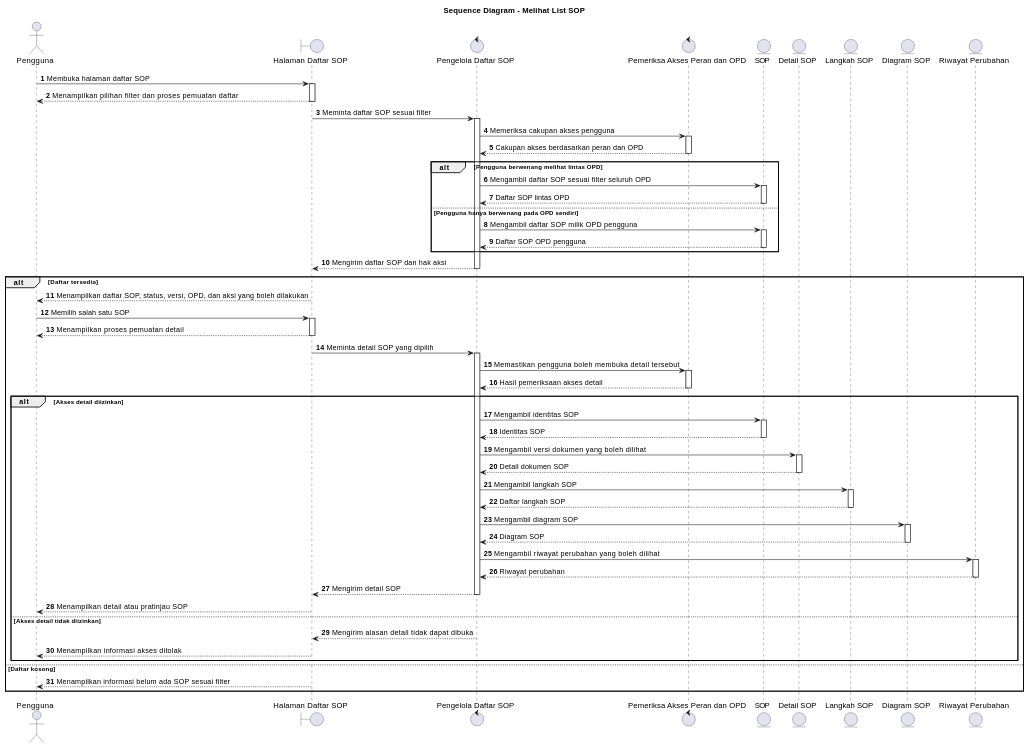
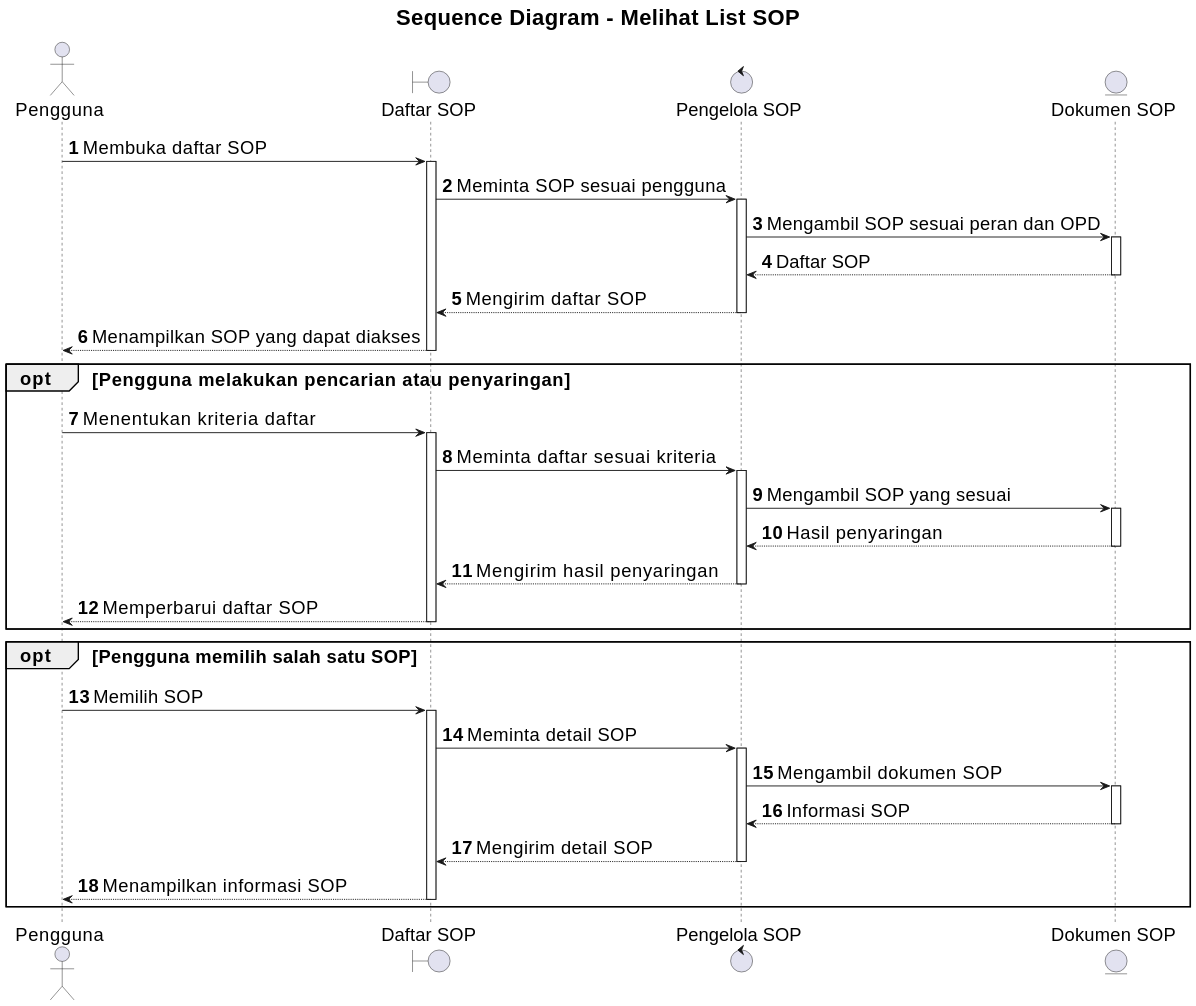
One commit to howlil/sop-generate-app changed the diagram in docs/sequence/lampiran/seluruh-pengguna-melihat-list-sop.md. Above: the diagram before and after it, drawn with PlantUML. The commit also changed other lines of this file and 20 other files, not shown here.

Commit message:
docs(sequence): align all sequence diagrams with use cases

````diff
--- a/docs/sequence/lampiran/seluruh-pengguna-melihat-list-sop.md
+++ b/docs/sequence/lampiran/seluruh-pengguna-melihat-list-sop.md
@@ -16,59 +16,42 @@
 ```plantuml
 @startuml
+skinparam defaultFontSize 20
+skinparam titleFontSize 24
+skinparam dpi 160
+
 title Sequence Diagram - Melihat List SOP
 autonumber
 autoactivate on
 
 actor "Pengguna" as A
-boundary "Halaman Daftar SOP" as B
-control "Pengelola Daftar SOP" as C
-control "Pemeriksa Akses Peran dan OPD" as D
-entity "SOP" as SOP
-entity "Detail SOP" as DetailSOP
-entity "Langkah SOP" as LangkahSOP
-entity "Diagram SOP" as DiagramSOP
-entity "Riwayat Perubahan" as Riwayat
+boundary "Daftar SOP" as B
+control "Pengelola SOP" as C
+entity "Dokumen SOP" as D
 
-A -> B : Membuka halaman daftar SOP
-B --> A : Menampilkan pilihan filter dan proses pemuatan daftar
-B -> C : Meminta daftar SOP sesuai filter
-C -> D : Memeriksa cakupan akses pengguna
-D --> C : Cakupan akses berdasarkan peran dan OPD
-alt Pengguna berwenang melihat lintas OPD
-  C -> SOP : Mengambil daftar SOP sesuai filter seluruh OPD
-  SOP --> C : Daftar SOP lintas OPD
-else Pengguna hanya berwenang pada OPD sendiri
-  C -> SOP : Mengambil daftar SOP milik OPD pengguna
-  SOP --> C : Daftar SOP OPD pengguna
+A -> B : Membuka daftar SOP
+B -> C : Meminta SOP sesuai pengguna
+C -> D : Mengambil SOP sesuai peran dan OPD
+D --> C : Daftar SOP
+C --> B : Mengirim daftar SOP
+B --> A : Menampilkan SOP yang dapat diakses
+
+opt Pengguna melakukan pencarian atau penyaringan
+  A -> B : Menentukan kriteria daftar
+  B -> C : Meminta daftar sesuai kriteria
+  C -> D : Mengambil SOP yang sesuai
+  D --> C : Hasil penyaringan
+  C --> B : Mengirim hasil penyaringan
+  B --> A : Memperbarui daftar SOP
 end
-C --> B : Mengirim daftar SOP dan hak aksi
-alt Daftar tersedia
-  B --> A : Menampilkan daftar SOP, status, versi, OPD, dan aksi yang boleh dilakukan
-  A -> B : Memilih salah satu SOP
-  B --> A : Menampilkan proses pemuatan detail
-  B -> C : Meminta detail SOP yang dipilih
-  C -> D : Memastikan pengguna boleh membuka detail tersebut
-  D --> C : Hasil pemeriksaan akses detail
-  alt Akses detail diizinkan
-    C -> SOP : Mengambil identitas SOP
-    SOP --> C : Identitas SOP
-    C -> DetailSOP : Mengambil versi dokumen yang boleh dilihat
-    DetailSOP --> C : Detail dokumen SOP
-    C -> LangkahSOP : Mengambil langkah SOP
-    LangkahSOP --> C : Daftar langkah SOP
-    C -> DiagramSOP : Mengambil diagram SOP
-    DiagramSOP --> C : Diagram SOP
-    C -> Riwayat : Mengambil riwayat perubahan yang boleh dilihat
-    Riwayat --> C : Riwayat perubahan
-    C --> B : Mengirim detail SOP
-    B --> A : Menampilkan detail atau pratinjau SOP
-  else Akses detail tidak diizinkan
-    C --> B : Mengirim alasan detail tidak dapat dibuka
-    B --> A : Menampilkan informasi akses ditolak
-  end
-else Daftar kosong
-  B --> A : Menampilkan informasi belum ada SOP sesuai filter
+
+opt Pengguna memilih salah satu SOP
+  A -> B : Memilih SOP
+  B -> C : Meminta detail SOP
+  C -> D : Mengambil dokumen SOP
+  D --> C : Informasi SOP
+  C --> B : Mengirim detail SOP
+  B --> A : Menampilkan informasi SOP
 end
 
 @enduml
 ```
````
